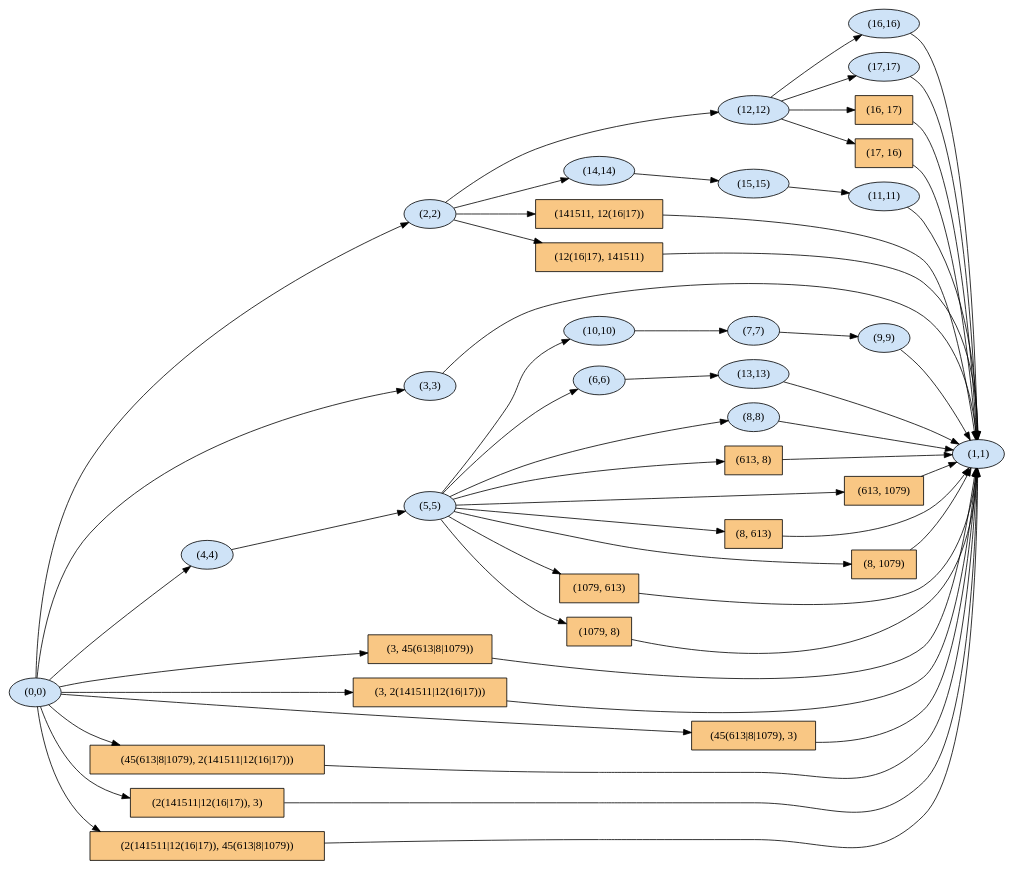
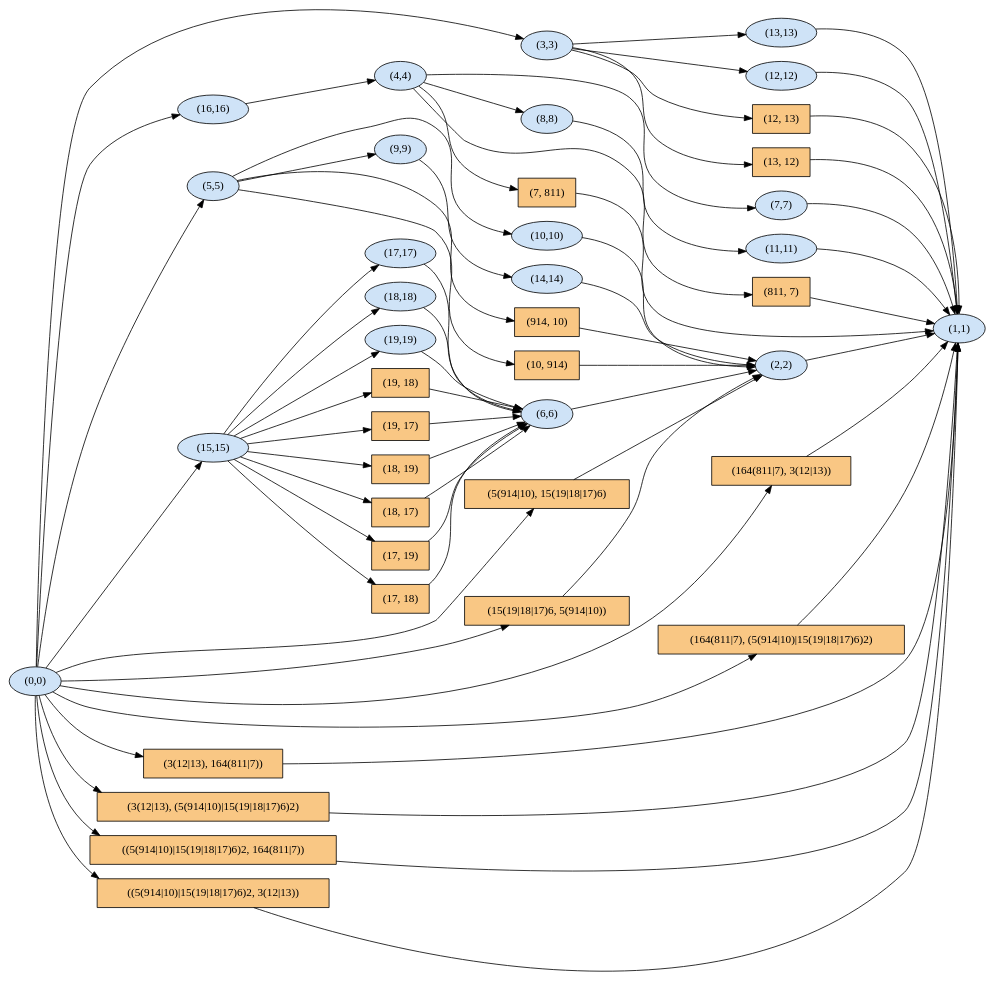
The diagram in examples/out/05_random_sp_diploid.dot (NafisehJ/diploidgraph), drawn with Graphviz before and after one commit. The commit also changed 18 other files, not shown here.

```diff
--- a/examples/out/05_random_sp_diploid.dot
+++ b/examples/out/05_random_sp_diploid.dot
@@ -1,94 +1,112 @@
 digraph GD {
   rankdir=LR;
   node [style=filled];
   edge [fontsize=10, fontcolor="#52514e"];
-  n0 [label="(0,0)", shape=ellipse, fillcolor="#cfe3f7"];
+  n0 [label="(6,6)", shape=ellipse, fillcolor="#cfe3f7"];
   n1 [label="(2,2)", shape=ellipse, fillcolor="#cfe3f7"];
-  n2 [label="(10,10)", shape=ellipse, fillcolor="#cfe3f7"];
-  n3 [label="(7,7)", shape=ellipse, fillcolor="#cfe3f7"];
+  n2 [label="(1,1)", shape=ellipse, fillcolor="#cfe3f7"];
+  n3 [label="(0,0)", shape=ellipse, fillcolor="#cfe3f7"];
   n4 [label="(3,3)", shape=ellipse, fillcolor="#cfe3f7"];
-  n5 [label="(1,1)", shape=ellipse, fillcolor="#cfe3f7"];
-  n6 [label="(4,4)", shape=ellipse, fillcolor="#cfe3f7"];
-  n7 [label="(5,5)", shape=ellipse, fillcolor="#cfe3f7"];
-  n8 [label="(6,6)", shape=ellipse, fillcolor="#cfe3f7"];
-  n9 [label="(15,15)", shape=ellipse, fillcolor="#cfe3f7"];
-  n10 [label="(11,11)", shape=ellipse, fillcolor="#cfe3f7"];
-  n11 [label="(9,9)", shape=ellipse, fillcolor="#cfe3f7"];
+  n5 [label="(11,11)", shape=ellipse, fillcolor="#cfe3f7"];
+  n6 [label="(16,16)", shape=ellipse, fillcolor="#cfe3f7"];
+  n7 [label="(4,4)", shape=ellipse, fillcolor="#cfe3f7"];
+  n8 [label="(5,5)", shape=ellipse, fillcolor="#cfe3f7"];
+  n9 [label="(10,10)", shape=ellipse, fillcolor="#cfe3f7"];
+  n10 [label="(14,14)", shape=ellipse, fillcolor="#cfe3f7"];
+  n11 [label="(7,7)", shape=ellipse, fillcolor="#cfe3f7"];
   n12 [label="(8,8)", shape=ellipse, fillcolor="#cfe3f7"];
-  n13 [label="(13,13)", shape=ellipse, fillcolor="#cfe3f7"];
-  n14 [label="(12,12)", shape=ellipse, fillcolor="#cfe3f7"];
-  n15 [label="(14,14)", shape=ellipse, fillcolor="#cfe3f7"];
-  n16 [label="(16,16)", shape=ellipse, fillcolor="#cfe3f7"];
+  n13 [label="(9,9)", shape=ellipse, fillcolor="#cfe3f7"];
+  n14 [label="(13,13)", shape=ellipse, fillcolor="#cfe3f7"];
+  n15 [label="(12,12)", shape=ellipse, fillcolor="#cfe3f7"];
+  n16 [label="(15,15)", shape=ellipse, fillcolor="#cfe3f7"];
   n17 [label="(17,17)", shape=ellipse, fillcolor="#cfe3f7"];
-  n18 [label="(613, 8)", shape=box, fillcolor="#f9c784"];
-  n19 [label="(613, 1079)", shape=box, fillcolor="#f9c784"];
-  n20 [label="(8, 613)", shape=box, fillcolor="#f9c784"];
-  n21 [label="(8, 1079)", shape=box, fillcolor="#f9c784"];
-  n22 [label="(1079, 613)", shape=box, fillcolor="#f9c784"];
-  n23 [label="(1079, 8)", shape=box, fillcolor="#f9c784"];
-  n24 [label="(16, 17)", shape=box, fillcolor="#f9c784"];
-  n25 [label="(17, 16)", shape=box, fillcolor="#f9c784"];
-  n26 [label="(141511, 12(16|17))", shape=box, fillcolor="#f9c784"];
-  n27 [label="(12(16|17), 141511)", shape=box, fillcolor="#f9c784"];
-  n28 [label="(3, 45(613|8|1079))", shape=box, fillcolor="#f9c784"];
-  n29 [label="(3, 2(141511|12(16|17)))", shape=box, fillcolor="#f9c784"];
-  n30 [label="(45(613|8|1079), 3)", shape=box, fillcolor="#f9c784"];
-  n31 [label="(45(613|8|1079), 2(141511|12(16|17)))", shape=box, fillcolor="#f9c784"];
-  n32 [label="(2(141511|12(16|17)), 3)", shape=box, fillcolor="#f9c784"];
-  n33 [label="(2(141511|12(16|17)), 45(613|8|1079))", shape=box, fillcolor="#f9c784"];
-  n0 -> n28;
-  n0 -> n29;
-  n0 -> n30;
-  n0 -> n31;
-  n0 -> n32;
-  n0 -> n33;
+  n18 [label="(18,18)", shape=ellipse, fillcolor="#cfe3f7"];
+  n19 [label="(19,19)", shape=ellipse, fillcolor="#cfe3f7"];
+  n20 [label="(811, 7)", shape=box, fillcolor="#f9c784"];
+  n21 [label="(7, 811)", shape=box, fillcolor="#f9c784"];
+  n22 [label="(12, 13)", shape=box, fillcolor="#f9c784"];
+  n23 [label="(13, 12)", shape=box, fillcolor="#f9c784"];
+  n24 [label="(914, 10)", shape=box, fillcolor="#f9c784"];
+  n25 [label="(10, 914)", shape=box, fillcolor="#f9c784"];
+  n26 [label="(19, 18)", shape=box, fillcolor="#f9c784"];
+  n27 [label="(19, 17)", shape=box, fillcolor="#f9c784"];
+  n28 [label="(18, 19)", shape=box, fillcolor="#f9c784"];
+  n29 [label="(18, 17)", shape=box, fillcolor="#f9c784"];
+  n30 [label="(17, 19)", shape=box, fillcolor="#f9c784"];
+  n31 [label="(17, 18)", shape=box, fillcolor="#f9c784"];
+  n32 [label="(5(914|10), 15(19|18|17)6)", shape=box, fillcolor="#f9c784"];
+  n33 [label="(15(19|18|17)6, 5(914|10))", shape=box, fillcolor="#f9c784"];
+  n34 [label="(164(811|7), 3(12|13))", shape=box, fillcolor="#f9c784"];
+  n35 [label="(164(811|7), (5(914|10)|15(19|18|17)6)2)", shape=box, fillcolor="#f9c784"];
+  n36 [label="(3(12|13), 164(811|7))", shape=box, fillcolor="#f9c784"];
+  n37 [label="(3(12|13), (5(914|10)|15(19|18|17)6)2)", shape=box, fillcolor="#f9c784"];
+  n38 [label="((5(914|10)|15(19|18|17)6)2, 164(811|7))", shape=box, fillcolor="#f9c784"];
+  n39 [label="((5(914|10)|15(19|18|17)6)2, 3(12|13))", shape=box, fillcolor="#f9c784"];
   n0 -> n1;
-  n0 -> n4;
-  n0 -> n6;
-  n1 -> n26;
-  n1 -> n27;
-  n1 -> n14;
-  n1 -> n15;
-  n2 -> n3;
-  n3 -> n11;
-  n4 -> n5;
+  n1 -> n2;
+  n3 -> n32;
+  n3 -> n33;
+  n3 -> n34;
+  n3 -> n35;
+  n3 -> n36;
+  n3 -> n37;
+  n3 -> n38;
+  n3 -> n39;
+  n3 -> n16;
+  n3 -> n6;
+  n3 -> n4;
+  n3 -> n8;
+  n4 -> n22;
+  n4 -> n23;
+  n4 -> n15;
+  n4 -> n14;
+  n5 -> n2;
   n6 -> n7;
-  n7 -> n18;
-  n7 -> n19;
   n7 -> n20;
   n7 -> n21;
-  n7 -> n22;
-  n7 -> n23;
-  n7 -> n2;
-  n7 -> n8;
+  n7 -> n11;
   n7 -> n12;
+  n8 -> n24;
+  n8 -> n25;
+  n8 -> n9;
   n8 -> n13;
-  n9 -> n10;
-  n10 -> n5;
-  n11 -> n5;
+  n9 -> n1;
+  n10 -> n1;
+  n11 -> n2;
   n12 -> n5;
-  n13 -> n5;
-  n14 -> n24;
-  n14 -> n25;
-  n14 -> n16;
-  n14 -> n17;
-  n15 -> n9;
-  n16 -> n5;
-  n17 -> n5;
-  n18 -> n5;
-  n19 -> n5;
-  n20 -> n5;
-  n21 -> n5;
-  n22 -> n5;
-  n23 -> n5;
-  n24 -> n5;
-  n25 -> n5;
-  n26 -> n5;
-  n27 -> n5;
-  n28 -> n5;
-  n29 -> n5;
-  n30 -> n5;
-  n31 -> n5;
-  n32 -> n5;
-  n33 -> n5;
+  n13 -> n10;
+  n14 -> n2;
+  n15 -> n2;
+  n16 -> n26;
+  n16 -> n27;
+  n16 -> n28;
+  n16 -> n29;
+  n16 -> n30;
+  n16 -> n31;
+  n16 -> n17;
+  n16 -> n18;
+  n16 -> n19;
+  n17 -> n0;
+  n18 -> n0;
+  n19 -> n0;
+  n20 -> n2;
+  n21 -> n2;
+  n22 -> n2;
+  n23 -> n2;
+  n24 -> n1;
+  n25 -> n1;
+  n26 -> n0;
+  n27 -> n0;
+  n28 -> n0;
+  n29 -> n0;
+  n30 -> n0;
+  n31 -> n0;
+  n32 -> n1;
+  n33 -> n1;
+  n34 -> n2;
+  n35 -> n2;
+  n36 -> n2;
+  n37 -> n2;
+  n38 -> n2;
+  n39 -> n2;
 }
```
